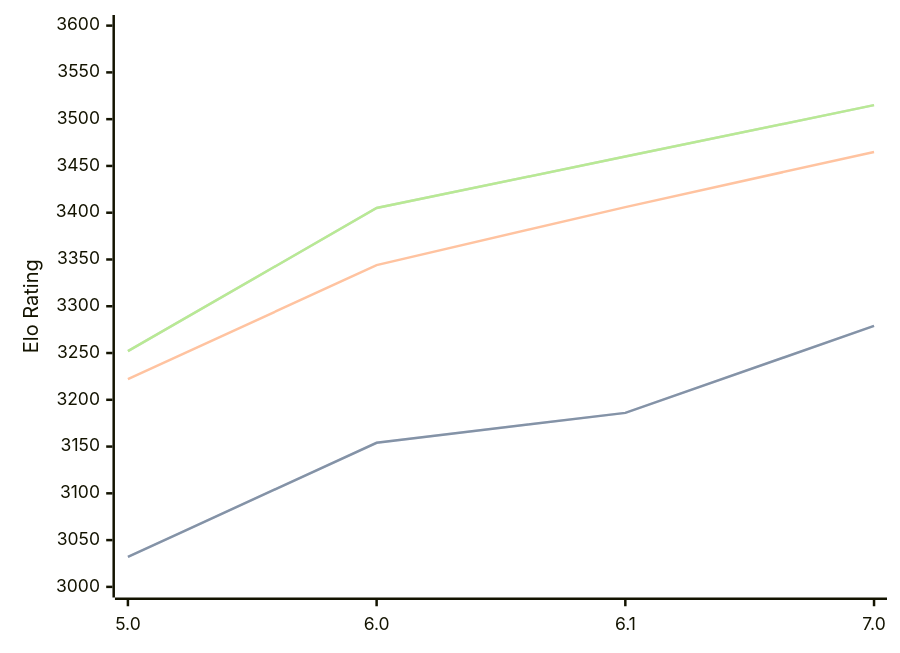
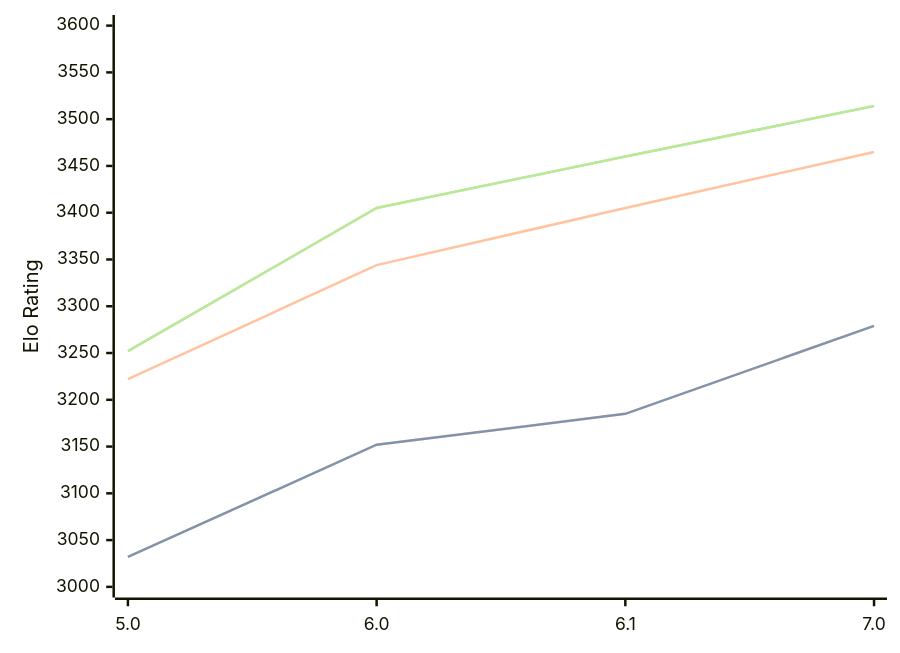
Before and after one commit to computer-chess-index/cci: the third of 3 diagrams in engines/PZChessBot.md, drawn with Mermaid. The commit also changed other lines of this file, not shown here.

Commit message:
Update CCI Ratings (ELO VLTC) - 2026-06-20

````diff
--- a/engines/PZChessBot.md
+++ b/engines/PZChessBot.md
@@ -76,11 +76,11 @@
 ```mermaid
 %%{init: {"theme":"base","themeVariables":{"seriesColors:['#a3a3a3','#222221','#faa371']}}}%%
 xychart-beta
   x-axis ["5.0", "6.0", "6.1", "7.0"]
   y-axis "Elo Rating" 3000 --> 3600
-  line "STC (8.0+0.08s)" [3032, 3154, 3186, 3279]
-  line "STC (8.0+0.08s)" [3032, 3154, 3186, 3279]
-  line "LTC (60.0+0.60s)" [3222, 3344, 3406, 3465]
-  line "VLTC (2m24s+1.12s)" [3252, 3405, 3460, 3515]
-  line "VLTC (2m24s+1.12s)" [3252, 3405, 3460, 3515]
+  line "STC (8.0+0.08s)" [3032, 3152, 3185, 3279]
+  line "STC (8.0+0.08s)" [3032, 3152, 3185, 3279]
+  line "LTC (60.0+0.60s)" [3222, 3344, 3405, 3465]
+  line "VLTC (2m24s+1.12s)" [3252, 3405, 3460, 3514]
+  line "VLTC (2m24s+1.12s)" [3252, 3405, 3460, 3514]
 ```
````
